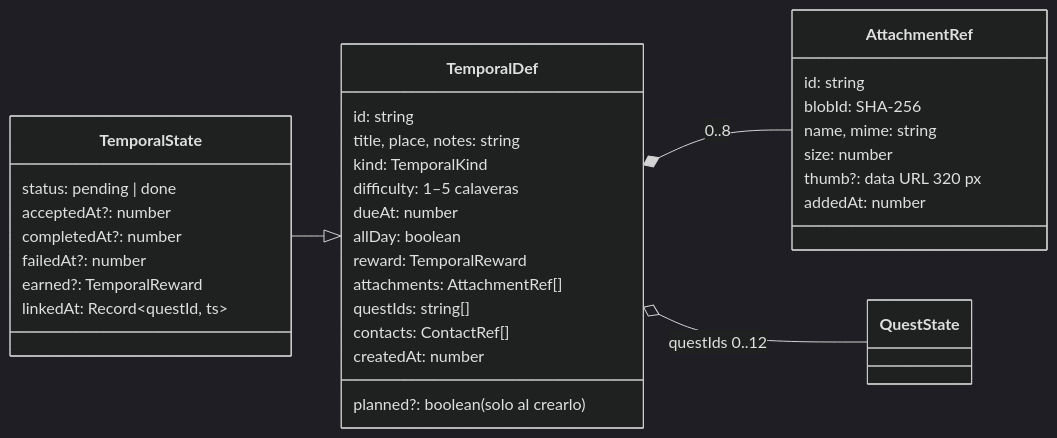
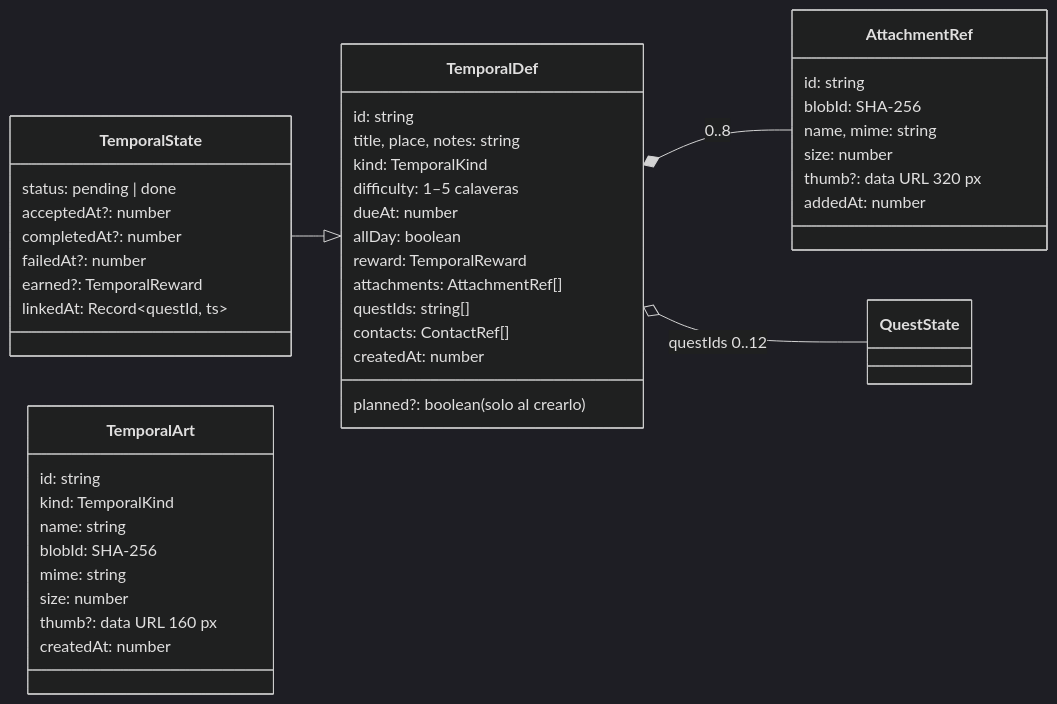
One commit to Carlos-Requena/Quest_Tareas changed the diagram in src/features/temporal/README.md. Above: the diagram before and after it, drawn with Mermaid (dark theme). The commit also changed other lines of this file and 92 other files, not shown here.

````diff
--- a/src/features/temporal/README.md
+++ b/src/features/temporal/README.md
@@ -153,37 +155,47 @@
 ```mermaid
 classDiagram
     direction LR
     class TemporalDef {
         id: string
         title, place, notes: string
         kind: TemporalKind
         difficulty: 1–5 calaveras
         dueAt: number
         allDay: boolean
         reward: TemporalReward
         attachments: AttachmentRef[]
         questIds: string[]
         contacts: ContactRef[]
         createdAt: number
         planned?: boolean (solo al crearlo)
     }
     class TemporalState {
         status: pending | done
         acceptedAt?: number
         completedAt?: number
         failedAt?: number
         earned?: TemporalReward
         linkedAt: Record~questId, ts~
     }
     class AttachmentRef {
         id: string
         blobId: SHA-256
         name, mime: string
         size: number
         thumb?: data URL 320 px
         addedAt: number
     }
+    class TemporalArt {
+        id: string
+        kind: TemporalKind
+        name: string
+        blobId: SHA-256
+        mime: string
+        size: number
+        thumb?: data URL 160 px
+        createdAt: number
+    }
     TemporalState --|> TemporalDef
     TemporalDef *-- AttachmentRef : 0..8
     TemporalDef o-- QuestState : questIds 0..12
 ```
````
